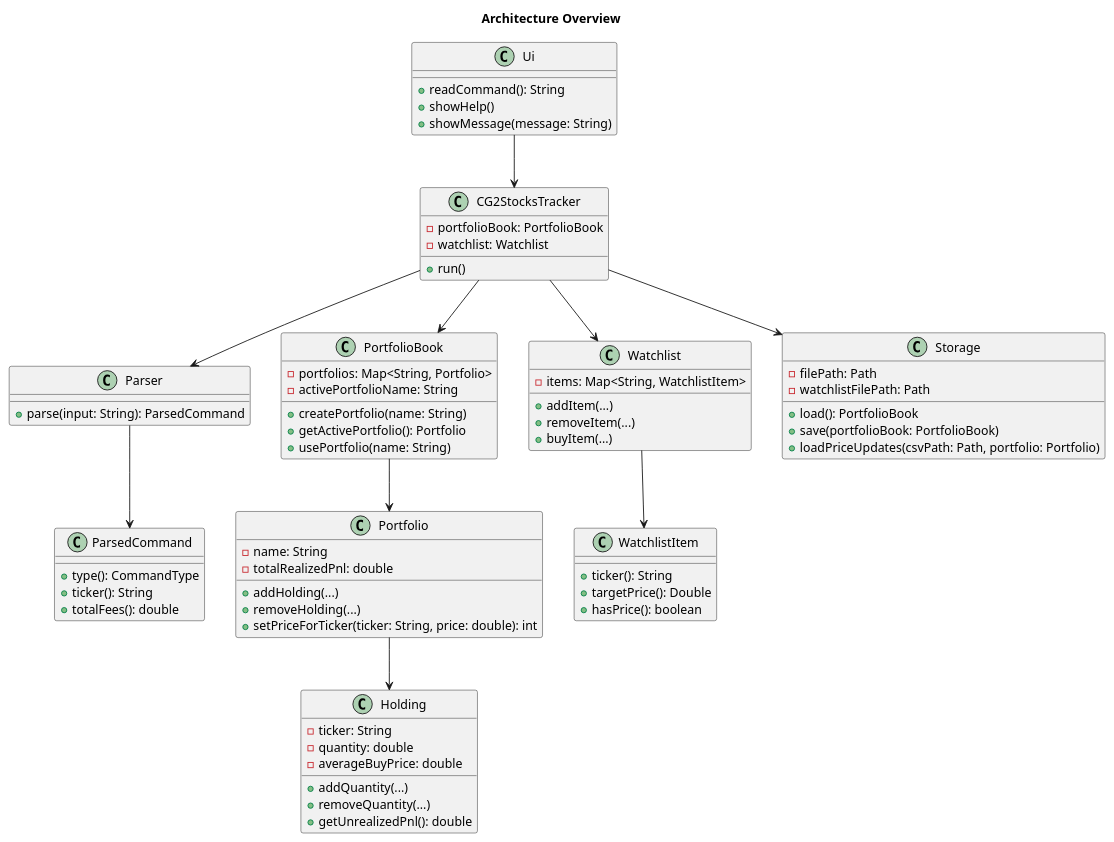
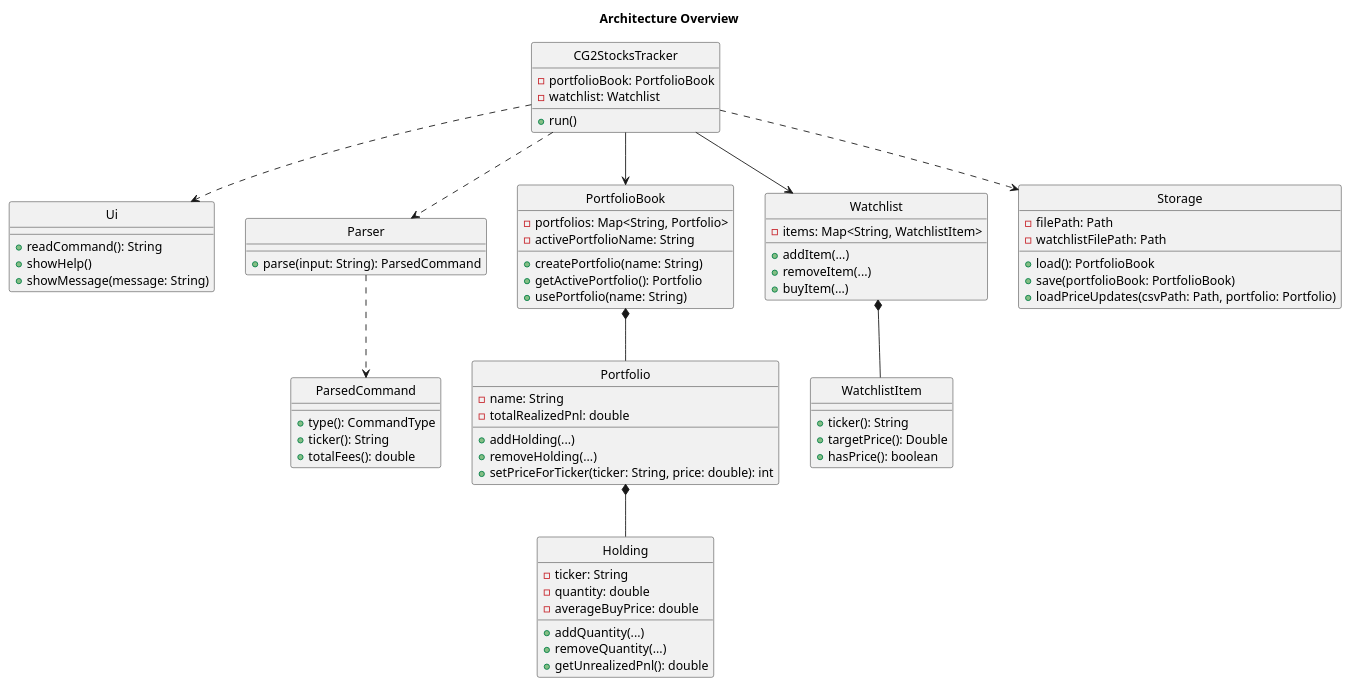
The diagram in docs/diagrams/UML/architecture-overview-class.puml (zenweilow/tp), drawn with PlantUML before and after one commit. The commit also changed 31 other files, not shown here.

Commit message:
Update UML and fix AboutUs page

```diff
--- a/docs/diagrams/UML/architecture-overview-class.puml
+++ b/docs/diagrams/UML/architecture-overview-class.puml
@@ -1,81 +1,82 @@
 @startuml
 title Architecture Overview
+hide circles
 
 class Ui {
   + readCommand(): String
   + showHelp()
   + showMessage(message: String)
 }
 
 class CG2StocksTracker {
   - portfolioBook: PortfolioBook
   - watchlist: Watchlist
   + run()
 }
 
 class Parser {
   + parse(input: String): ParsedCommand
 }
 
 class ParsedCommand {
   + type(): CommandType
   + ticker(): String
   + totalFees(): double
 }
 
 class PortfolioBook {
   - portfolios: Map<String, Portfolio>
   - activePortfolioName: String
   + createPortfolio(name: String)
   + getActivePortfolio(): Portfolio
   + usePortfolio(name: String)
 }
 
 class Portfolio {
   - name: String
   - totalRealizedPnl: double
   + addHolding(...)
   + removeHolding(...)
   + setPriceForTicker(ticker: String, price: double): int
 }
 
 class Holding {
   - ticker: String
   - quantity: double
   - averageBuyPrice: double
   + addQuantity(...)
   + removeQuantity(...)
   + getUnrealizedPnl(): double
 }
 
 class Watchlist {
   - items: Map<String, WatchlistItem>
   + addItem(...)
   + removeItem(...)
   + buyItem(...)
 }
 
 class WatchlistItem {
   + ticker(): String
   + targetPrice(): Double
   + hasPrice(): boolean
 }
 
 class Storage {
   - filePath: Path
   - watchlistFilePath: Path
   + load(): PortfolioBook
   + save(portfolioBook: PortfolioBook)
   + loadPriceUpdates(csvPath: Path, portfolio: Portfolio)
 }
 
-Ui --> CG2StocksTracker
-CG2StocksTracker --> Parser
-Parser --> ParsedCommand
+CG2StocksTracker ..> Ui
+CG2StocksTracker ..> Parser
+Parser ..> ParsedCommand
 CG2StocksTracker --> PortfolioBook
-PortfolioBook --> Portfolio
-Portfolio --> Holding
+PortfolioBook *-- Portfolio
+Portfolio *-- Holding
 CG2StocksTracker --> Watchlist
-Watchlist --> WatchlistItem
-CG2StocksTracker --> Storage
+Watchlist *-- WatchlistItem
+CG2StocksTracker ..> Storage
 @enduml
```
